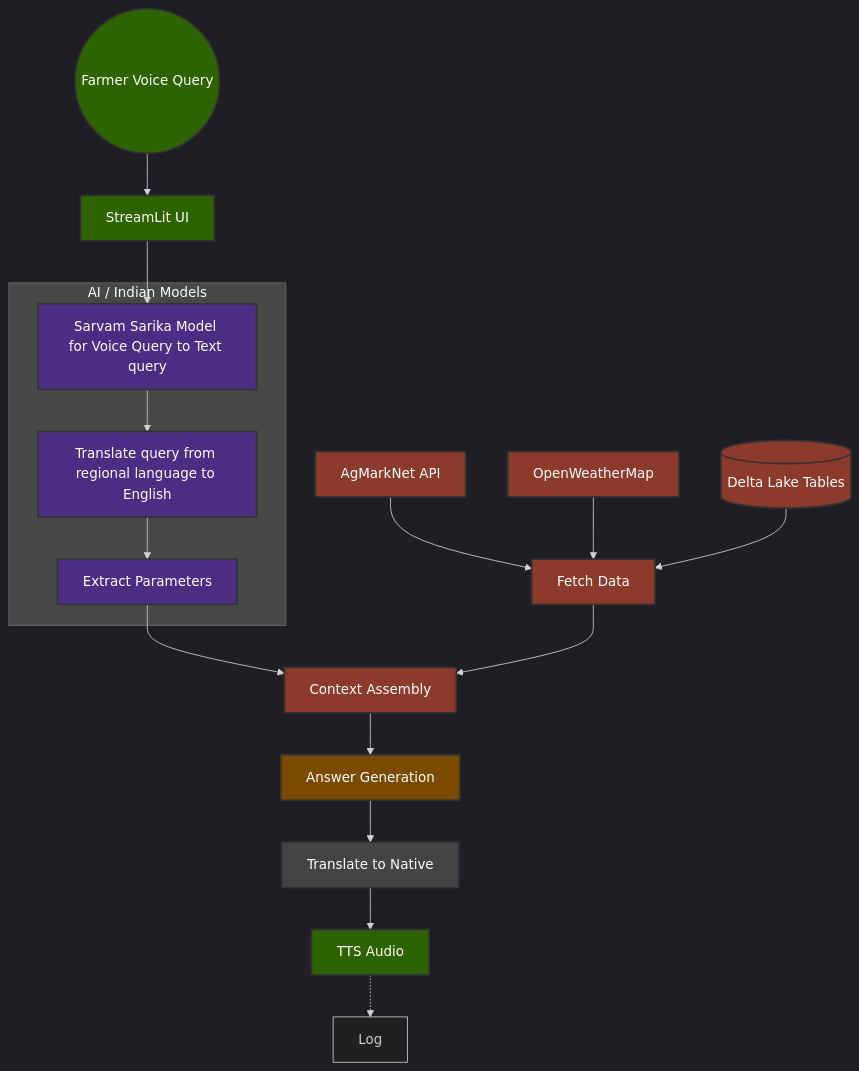
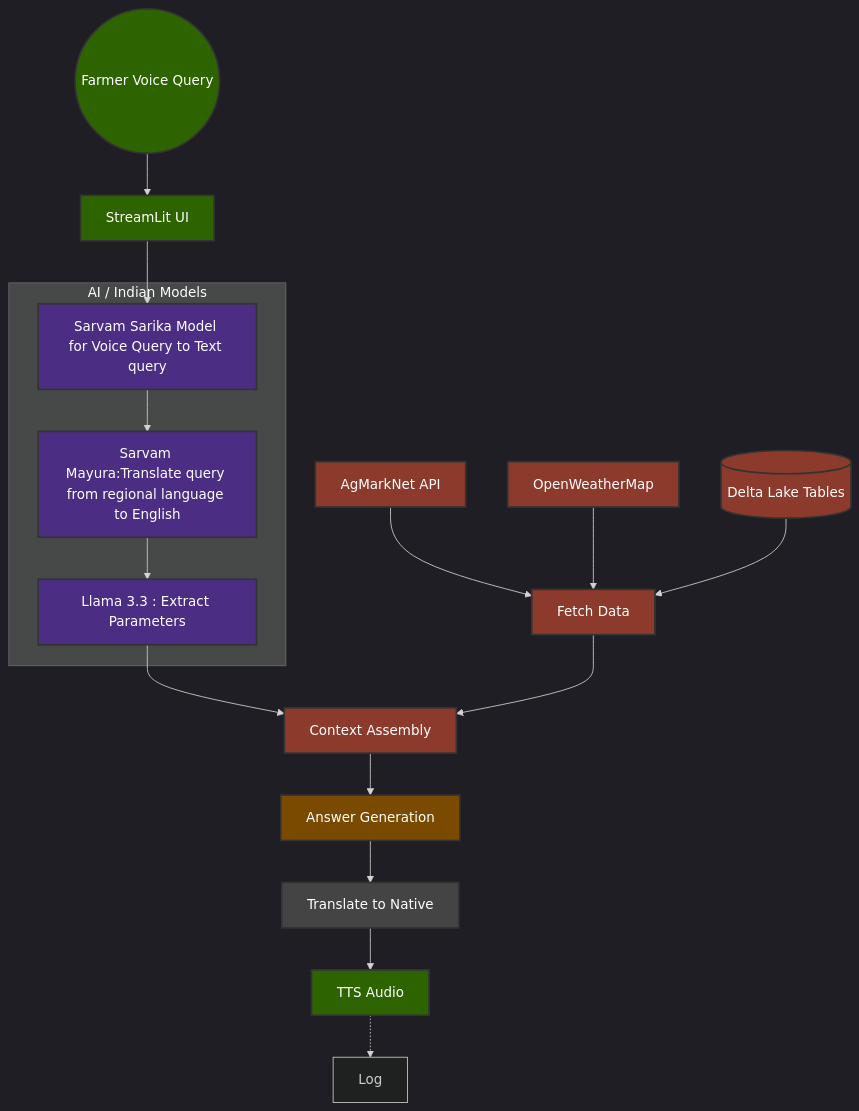
The diagram in README.md (amrit-chau-han/kisanvaani), drawn with Mermaid before and after one commit.

````diff
--- a/README.md
+++ b/README.md
@@ -16,41 +16,41 @@
 ```mermaid
 graph TD
     %%{init: {'theme': 'dark', 'flowchart': {'rankSpacing': 50, 'nodeSpacing': 50}}}%%
     %% Define Styles to match your SVG colors
     classDef ai fill:#4b2e83,color:#fff,stroke:#333,stroke-width:2px;
     classDef data fill:#8b3a2b,color:#fff,stroke:#333,stroke-width:2px;
     classDef io fill:#2e6400,color:#fff,stroke:#333,stroke-width:2px;
     classDef gen fill:#7a4a00,color:#fff,stroke:#333,stroke-width:2px;
     classDef util fill:#444,color:#fff,stroke:#333,stroke-width:2px;
 
 
     %% Main Flow
     Farmer((Farmer Voice Query)):::io --> UI[StreamLit UI]:::io
     UI --> STT[Sarvam Sarika Model for Voice Query to Text query]:::ai
-    STT --> Param[Translate query from regional language to English]:::ai
-    Param --> TransEN[Extract Parameters]:::ai
+    STT --> Param[Sarvam Mayura:Translate query from regional language to English]:::ai
+    Param --> TransEN[Llama 3.3 : Extract Parameters]:::ai
 
     %% Data Layer
     AgMark[AgMarkNet API]:::data --> Fetch[Fetch Data]:::data
     Weather[OpenWeatherMap]:::data --> Fetch
     Tables[(Delta Lake Tables)]:::data --> Fetch
     
     TransEN --> Context[Context Assembly]:::data
     Fetch --> Context
     
     Context --> Gen[Answer Generation]:::gen
     Gen --> TransNative[Translate to Native]:::util
     
     
     TransNative --> TTS[TTS Audio]:::io
     
    
     TTS -.-> Log
     
     %% Assigning groups
     subgraph AI_Layer [AI / Indian Models]
         STT
         Param
         TransEN
     end
 ```
````
